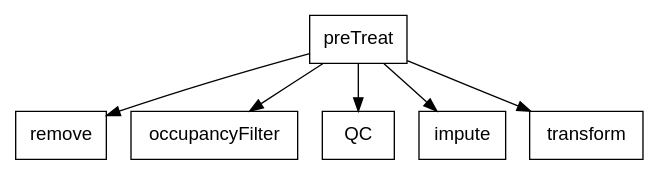
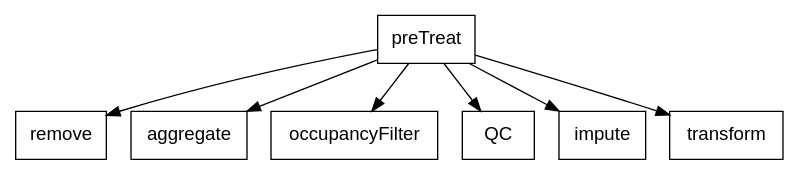
Before and after one commit to jasenfinch/metabolyseR: the diagram in vignettes/figures/preTreat.gv, drawn with Graphviz. The commit also changed 3 other files, not shown here.

```diff
--- a/vignettes/figures/preTreat.gv
+++ b/vignettes/figures/preTreat.gv
@@ -1,13 +1,13 @@
 digraph preTreat {
 
   # a 'graph' statement
   graph [overlap = true]
 
   # several 'node' statements
   node [shape = box,
         fontname = Helvetica, fontsize = 14]
-  preTreat; remove; occupancyFilter; QC; impute; transform
+  preTreat; remove; aggregate; occupancyFilter; QC; impute; transform
 
   # several 'edge' statements
-  preTreat -> {remove occupancyFilter QC impute transform} 
+  preTreat -> {remove aggregate occupancyFilter QC impute transform} 
 }
```
